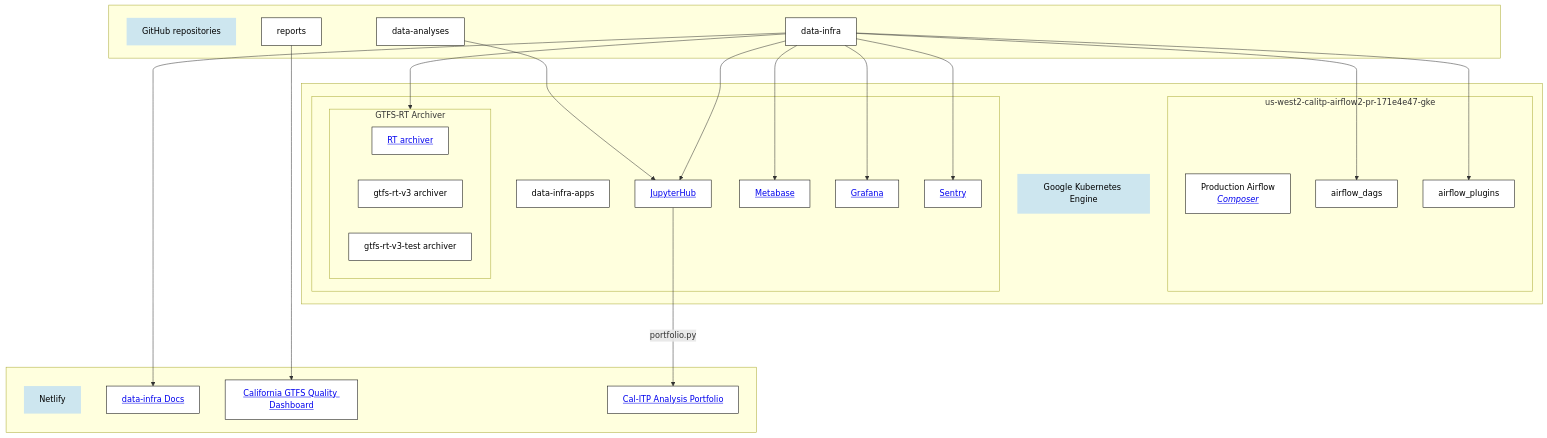
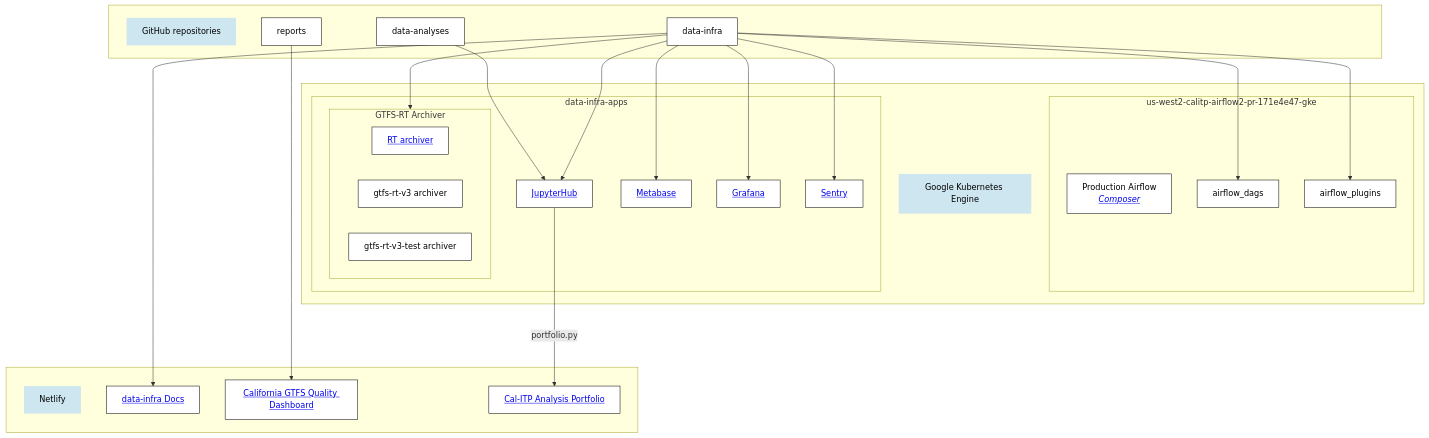
The diagram in docs/architecture/services.md (cal-itp/data-infra), drawn with Mermaid before and after one commit. The commit also changed other lines of this file, not shown here.

````diff
--- a/docs/architecture/services.md
+++ b/docs/architecture/services.md
@@ -18,54 +22,53 @@
 ```{mermaid}
 flowchart TD
 %% note that you seemingly cannot have a subgraph that only contains other subgraphs
 %% so I am using "label" nodes to make sure each subgraph has at least one direct child
     subgraph repos[ ]
         repos_label[GitHub repositories]
         data_infra_repo[data-infra]
         data_analyses_repo[data-analyses]
         reports_repo[reports]
     end
     subgraph kubernetes[ ]
         kubernetes_label[Google Kubernetes Engine]
         subgraph airflow[us-west2-calitp-airflow2-pr-171e4e47-gke]
             airflow_label[Production Airflow <br><i><a href='https://console.cloud.google.com/composer/environments?project=cal-itp-data-infra&supportedpurview=project'>Composer</a></i>]
             airflow_dags
             airflow_plugins
         end
-        subgraph data_infra_apps_cluster[ ]
-            data_infra_apps_label[data-infra-apps]
+        subgraph data_infra_apps_cluster[data-infra-apps]
             subgraph rt_archiver[GTFS-RT Archiver]
                 rt_archiver_label[<a href='https://github.com/cal-itp/data-infra/tree/main/services/gtfs-rt-archiver-v3'>RT archiver</a>]
                 prod_rt_archiver[gtfs-rt-v3 archiver]
                 test_rt_archiver[gtfs-rt-v3-test archiver]
             end
             jupyterhub[<a href='https://notebooks.calitp.org'>JupyterHub</a>]
             metabase[<a href='https://dashboards.calitp.org'>Metabase</a>]
             grafana[<a href='https://monitoring.calitp.org'>Grafana</a>]
             sentry[<a href='https://sentry.calitp.org'>Sentry</a>]
         end
     end
 
     subgraph netlify[ ]
         netlify_label[Netlify]
         data_infra_docs[<a href='https://docs.calitp.org/data-infra'>data-infra Docs</a>]
         reports_website[<a href='https://reports.calitp.org'>California GTFS Quality Dashboard</a>]
         analysis_portfolio[<a href='https://analysis.calitp.org'>Cal-ITP Analysis Portfolio</a>]
     end
 
 data_infra_repo --> airflow_dags
 data_infra_repo --> airflow_plugins
 data_infra_repo --> rt_archiver
 data_infra_repo --> jupyterhub
 data_infra_repo --> metabase
 data_infra_repo --> grafana
 data_infra_repo --> sentry
 
 data_infra_repo --> data_infra_docs
 data_analyses_repo --> jupyterhub --->|portfolio.py| analysis_portfolio
 reports_repo --> reports_website
 
 classDef default fill:white, color:black, stroke:black, stroke-width:1px
 classDef group_labelstyle fill:#cde6ef, color:black, stroke-width:0px
 class repos_label,kubernetes_label,netlify_label group_labelstyle
 ```
````
